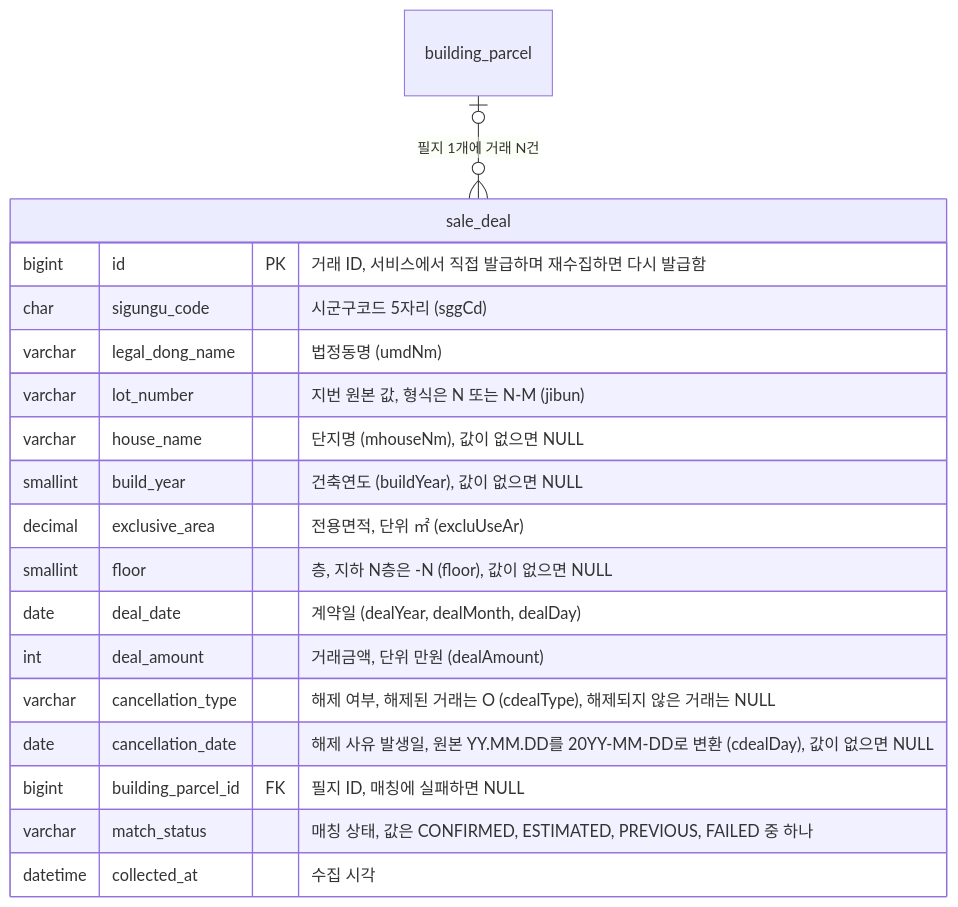
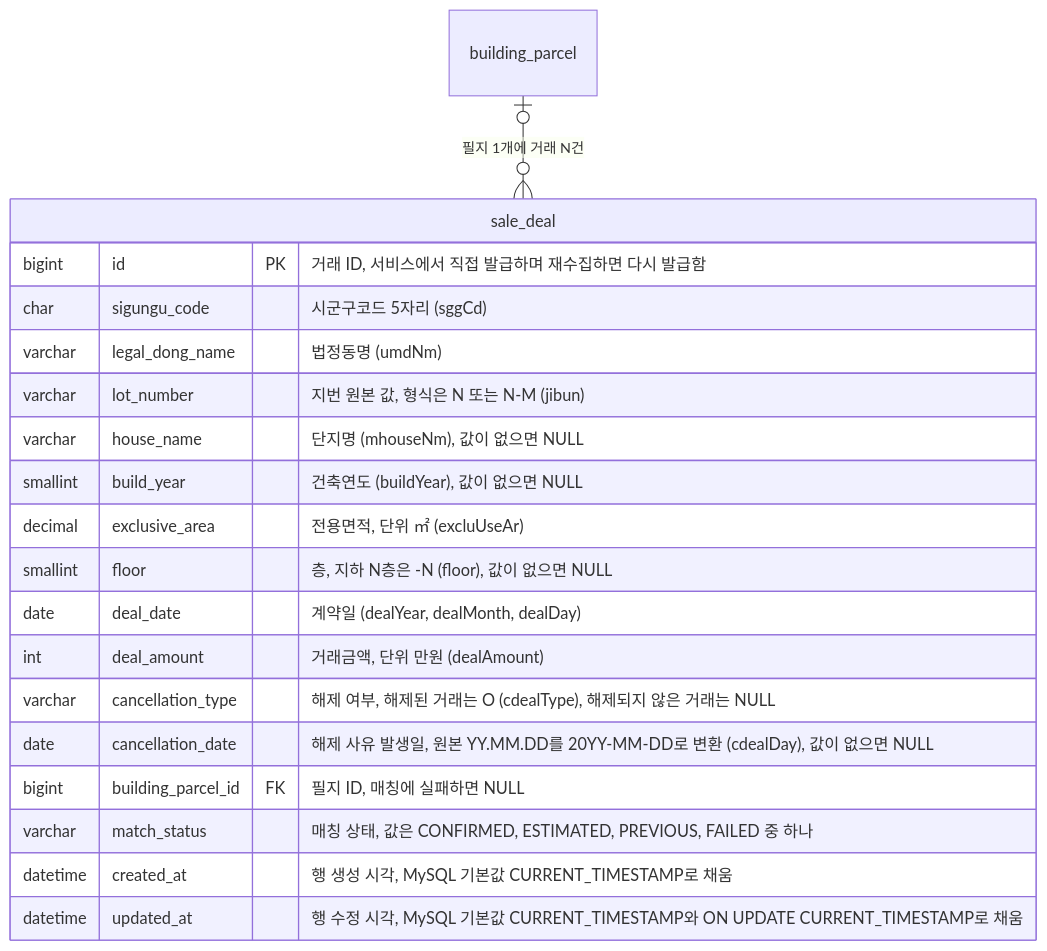
One commit to f-lab-edu/jipsee changed the seventh of 10 diagrams in docs/erd.md. Above: the diagram before and after it, drawn with Mermaid. The commit also changed other lines of this file, not shown here.

````diff
--- a/docs/erd.md
+++ b/docs/erd.md
@@ -179,21 +189,22 @@
 ```mermaid
 erDiagram
     building_parcel |o--o{ sale_deal : "필지 1개에 거래 N건"
     sale_deal {
         bigint id PK "거래 ID, 서비스에서 직접 발급하며 재수집하면 다시 발급함"
         char sigungu_code "시군구코드 5자리 (sggCd)"
         varchar legal_dong_name "법정동명 (umdNm)"
         varchar lot_number "지번 원본 값, 형식은 N 또는 N-M (jibun)"
         varchar house_name "단지명 (mhouseNm), 값이 없으면 NULL"
         smallint build_year "건축연도 (buildYear), 값이 없으면 NULL"
         decimal exclusive_area "전용면적, 단위 ㎡ (excluUseAr)"
         smallint floor "층, 지하 N층은 -N (floor), 값이 없으면 NULL"
         date deal_date "계약일 (dealYear, dealMonth, dealDay)"
         int deal_amount "거래금액, 단위 만원 (dealAmount)"
         varchar cancellation_type "해제 여부, 해제된 거래는 O (cdealType), 해제되지 않은 거래는 NULL"
         date cancellation_date "해제 사유 발생일, 원본 YY.MM.DD를 20YY-MM-DD로 변환 (cdealDay), 값이 없으면 NULL"
         bigint building_parcel_id FK "필지 ID, 매칭에 실패하면 NULL"
         varchar match_status "매칭 상태, 값은 CONFIRMED, ESTIMATED, PREVIOUS, FAILED 중 하나"
-        datetime collected_at "수집 시각"
+        datetime created_at "행 생성 시각, MySQL 기본값 CURRENT_TIMESTAMP로 채움"
+        datetime updated_at "행 수정 시각, MySQL 기본값 CURRENT_TIMESTAMP와 ON UPDATE CURRENT_TIMESTAMP로 채움"
     }
 ```
````
